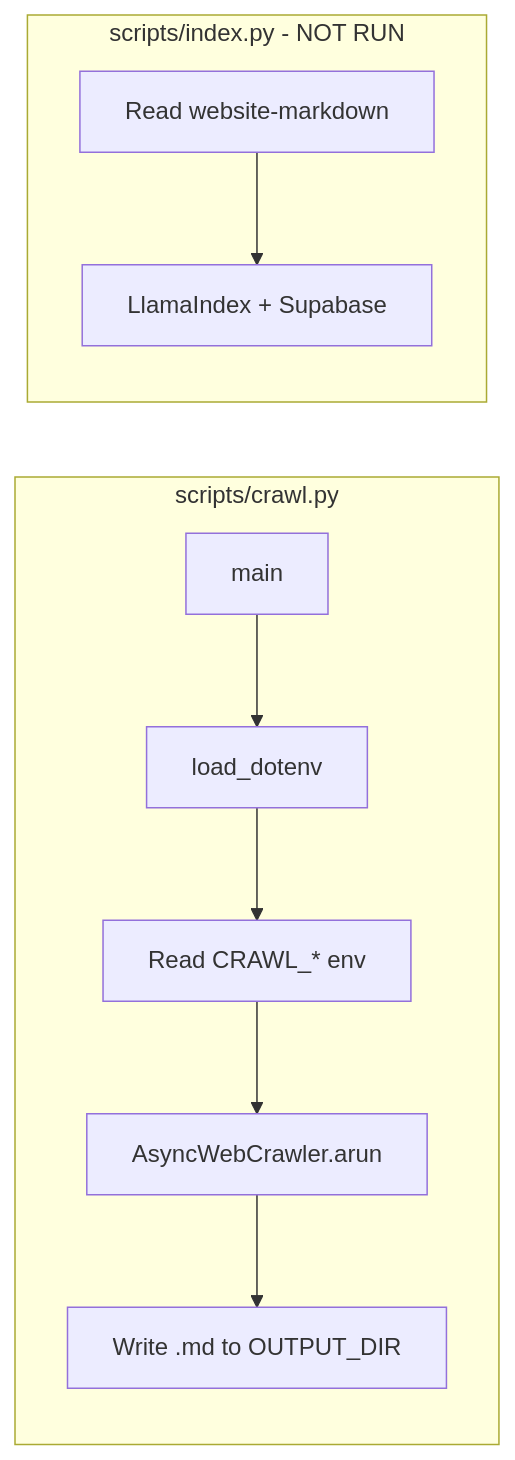
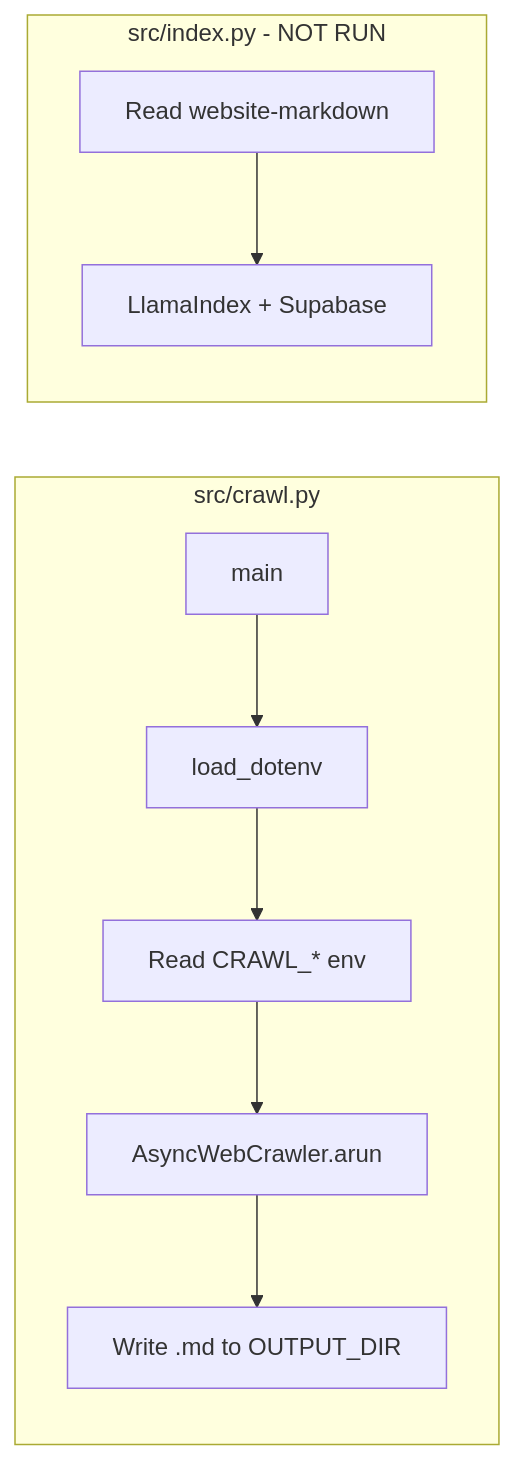
One commit to chicagopeabodydev-sudo/library_bot_poc changed the diagram in .cursor/plans/crawl_integration_test_1cb9f10c.plan.md. Above: the diagram before and after it, drawn with Mermaid. The commit also changed other lines of this file and 23 other files, not shown here.

Commit message:
event model added and scripts folder renamed to src

````diff
--- a/.cursor/plans/crawl_integration_test_1cb9f10c.plan.md
+++ b/.cursor/plans/crawl_integration_test_1cb9f10c.plan.md
@@ -22,14 +22,14 @@
 ```mermaid
 flowchart LR
-    subgraph crawl [scripts/crawl.py]
+    subgraph crawl [src/crawl.py]
         A[main] --> B[load_dotenv]
         B --> C[Read CRAWL_* env]
         C --> D[AsyncWebCrawler.arun]
         D --> E[Write .md to OUTPUT_DIR]
     end
     
-    subgraph index [scripts/index.py - NOT RUN]
+    subgraph index [src/index.py - NOT RUN]
         F[Read website-markdown]
         F --> G[LlamaIndex + Supabase]
     end
 ```
````
